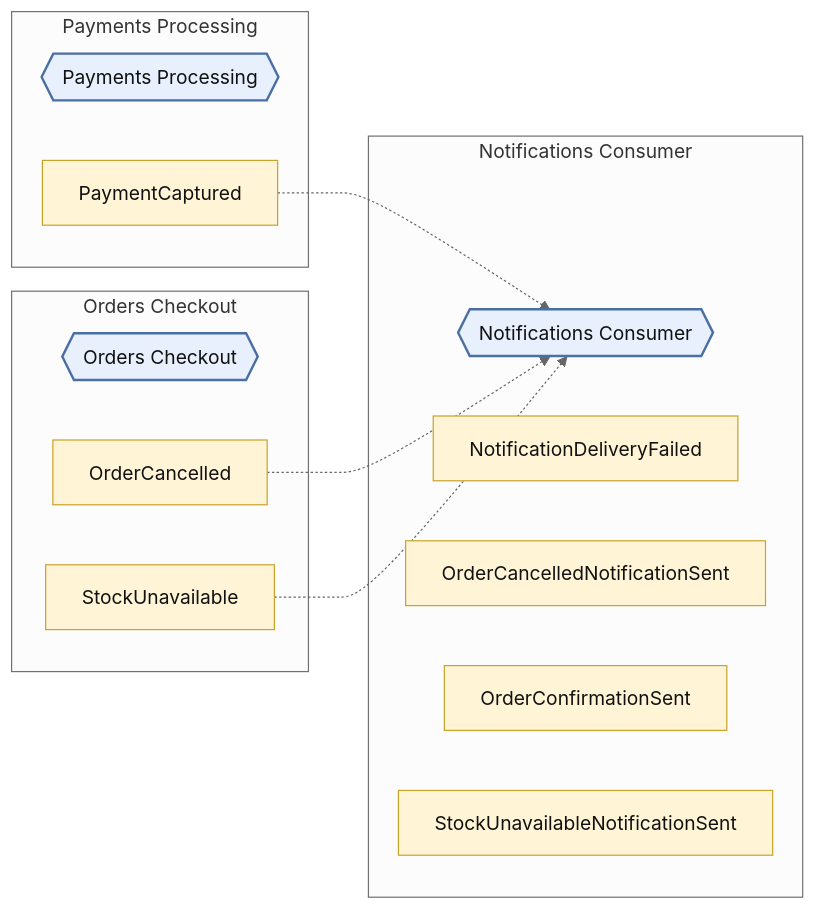
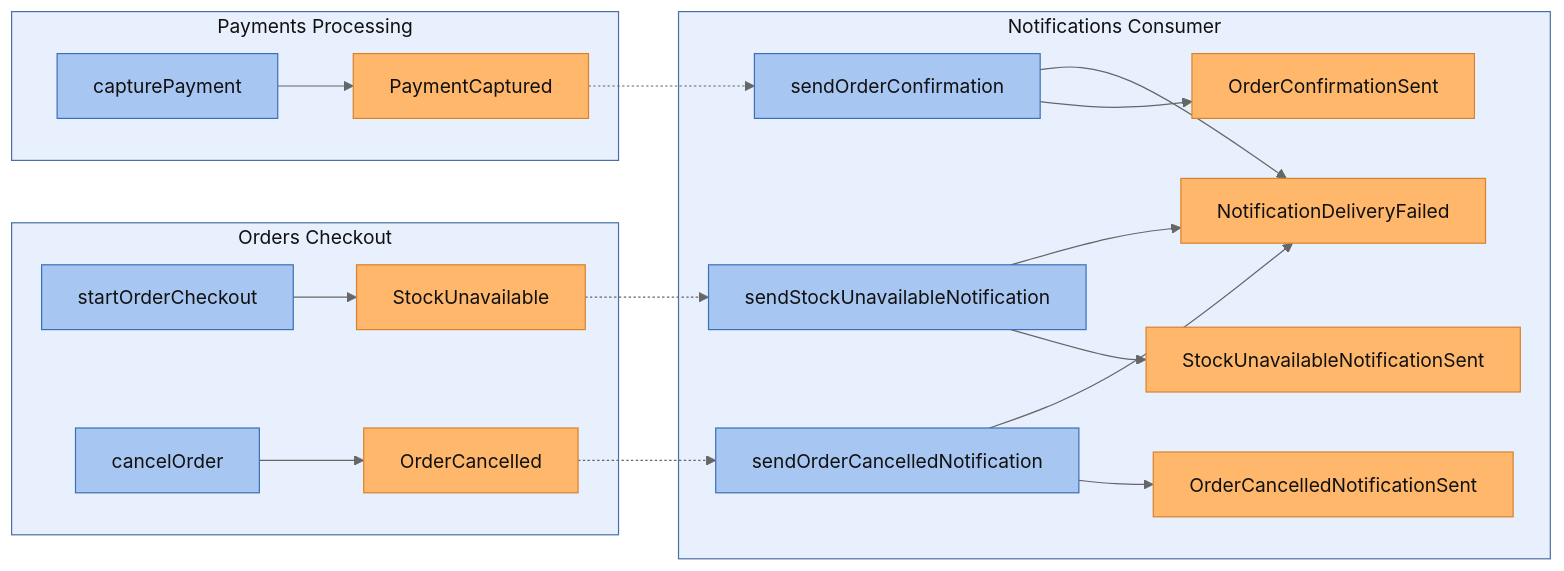
Before and after one commit to ZenWave360/dsl-kotlin: the first of 4 diagrams in dsl-docs/src/commonTest/resources/snapshots/arcadia-modulith/modules/notifications-consumer.md, drawn with Mermaid (neutral theme). The commit also changed other lines of this file and 13 other files, not shown here.

Commit message:
feat(docs): module pages with EventStorming, aggregates, lifecycle and glossary

````diff
--- a/dsl-docs/src/commonTest/resources/snapshots/arcadia-modulith/modules/notifications-consumer.md
+++ b/dsl-docs/src/commonTest/resources/snapshots/arcadia-modulith/modules/notifications-consumer.md
@@ -16,31 +16,45 @@
 ```mermaid
 flowchart LR
-  classDef module fill:#e8f0fe,stroke:#4a6fa5,stroke-width:2px,color:#111
-  classDef event fill:#fff4d6,stroke:#c9a227,color:#111
+  classDef module fill:#e8f0fe,stroke:#4a6fa5,color:#111
+  classDef command fill:#a7c7f2,stroke:#3b6fb6,color:#111
+  classDef event fill:#ffb76b,stroke:#d9822b,color:#111
 
   subgraph sg_NotificationsConsumer["Notifications Consumer"]
-    NotificationsConsumer{{"Notifications Consumer"}}
-    NotificationDeliveryFailed["NotificationDeliveryFailed"]
-    OrderCancelledNotificationSent["OrderCancelledNotificationSent"]
-    OrderConfirmationSent["OrderConfirmationSent"]
-    StockUnavailableNotificationSent["StockUnavailableNotificationSent"]
+    NotificationsConsumer__NotificationsConsumerService__sendOrderConfirmation["sendOrderConfirmation"]
+    NotificationsConsumer__NotificationsConsumerService__sendStockUnavailableNotification["sendStockUnavailableNotification"]
+    NotificationsConsumer__NotificationsConsumerService__sendOrderCancelledNotification["sendOrderCancelledNotification"]
+    NotificationsConsumer__NotificationDeliveryFailed["NotificationDeliveryFailed"]
+    NotificationsConsumer__OrderCancelledNotificationSent["OrderCancelledNotificationSent"]
+    NotificationsConsumer__OrderConfirmationSent["OrderConfirmationSent"]
+    NotificationsConsumer__StockUnavailableNotificationSent["StockUnavailableNotificationSent"]
   end
 
   subgraph sg_OrdersCheckout["Orders Checkout"]
-    OrdersCheckout{{"Orders Checkout"}}
-    OrderCancelled["OrderCancelled"]
-    StockUnavailable["StockUnavailable"]
+    OrdersCheckout__OrdersCheckoutService__startOrderCheckout["startOrderCheckout"]
+    OrdersCheckout__OrdersCheckoutService__cancelOrder["cancelOrder"]
+    OrdersCheckout__OrderCancelled["OrderCancelled"]
+    OrdersCheckout__StockUnavailable["StockUnavailable"]
   end
 
   subgraph sg_PaymentsProcessing["Payments Processing"]
-    PaymentsProcessing{{"Payments Processing"}}
-    PaymentCaptured["PaymentCaptured"]
+    PaymentsProcessing__PaymentsProcessingService__capturePayment["capturePayment"]
+    PaymentsProcessing__PaymentCaptured["PaymentCaptured"]
   end
 
-  class NotificationsConsumer,OrdersCheckout,PaymentsProcessing module
-  class NotificationDeliveryFailed,OrderCancelled,OrderCancelledNotificationSent,OrderConfirmationSent,PaymentCaptured,StockUnavailable,StockUnavailableNotificationSent event
+  class sg_NotificationsConsumer,sg_OrdersCheckout,sg_PaymentsProcessing module
+  class NotificationsConsumer__NotificationsConsumerService__sendOrderCancelledNotification,NotificationsConsumer__NotificationsConsumerService__sendOrderConfirmation,NotificationsConsumer__NotificationsConsumerService__sendStockUnavailableNotification,OrdersCheckout__OrdersCheckoutService__cancelOrder,OrdersCheckout__OrdersCheckoutService__startOrderCheckout,PaymentsProcessing__PaymentsProcessingService__capturePayment command
+  class NotificationsConsumer__NotificationDeliveryFailed,NotificationsConsumer__OrderCancelledNotificationSent,NotificationsConsumer__OrderConfirmationSent,NotificationsConsumer__StockUnavailableNotificationSent,OrdersCheckout__OrderCancelled,OrdersCheckout__StockUnavailable,PaymentsProcessing__PaymentCaptured event
 
-  OrderCancelled -.-> NotificationsConsumer
-  PaymentCaptured -.-> NotificationsConsumer
-  StockUnavailable -.-> NotificationsConsumer
+  NotificationsConsumer__NotificationsConsumerService__sendOrderCancelledNotification --> NotificationsConsumer__NotificationDeliveryFailed
+  NotificationsConsumer__NotificationsConsumerService__sendOrderCancelledNotification --> NotificationsConsumer__OrderCancelledNotificationSent
+  NotificationsConsumer__NotificationsConsumerService__sendOrderConfirmation --> NotificationsConsumer__NotificationDeliveryFailed
+  NotificationsConsumer__NotificationsConsumerService__sendOrderConfirmation --> NotificationsConsumer__OrderConfirmationSent
+  NotificationsConsumer__NotificationsConsumerService__sendStockUnavailableNotification --> NotificationsConsumer__NotificationDeliveryFailed
+  NotificationsConsumer__NotificationsConsumerService__sendStockUnavailableNotification --> NotificationsConsumer__StockUnavailableNotificationSent
+  OrdersCheckout__OrdersCheckoutService__cancelOrder --> OrdersCheckout__OrderCancelled
+  OrdersCheckout__OrdersCheckoutService__startOrderCheckout --> OrdersCheckout__StockUnavailable
+  PaymentsProcessing__PaymentsProcessingService__capturePayment --> PaymentsProcessing__PaymentCaptured
+  OrdersCheckout__OrderCancelled -.-> NotificationsConsumer__NotificationsConsumerService__sendOrderCancelledNotification
+  OrdersCheckout__StockUnavailable -.-> NotificationsConsumer__NotificationsConsumerService__sendStockUnavailableNotification
+  PaymentsProcessing__PaymentCaptured -.-> NotificationsConsumer__NotificationsConsumerService__sendOrderConfirmation
 ```
````
